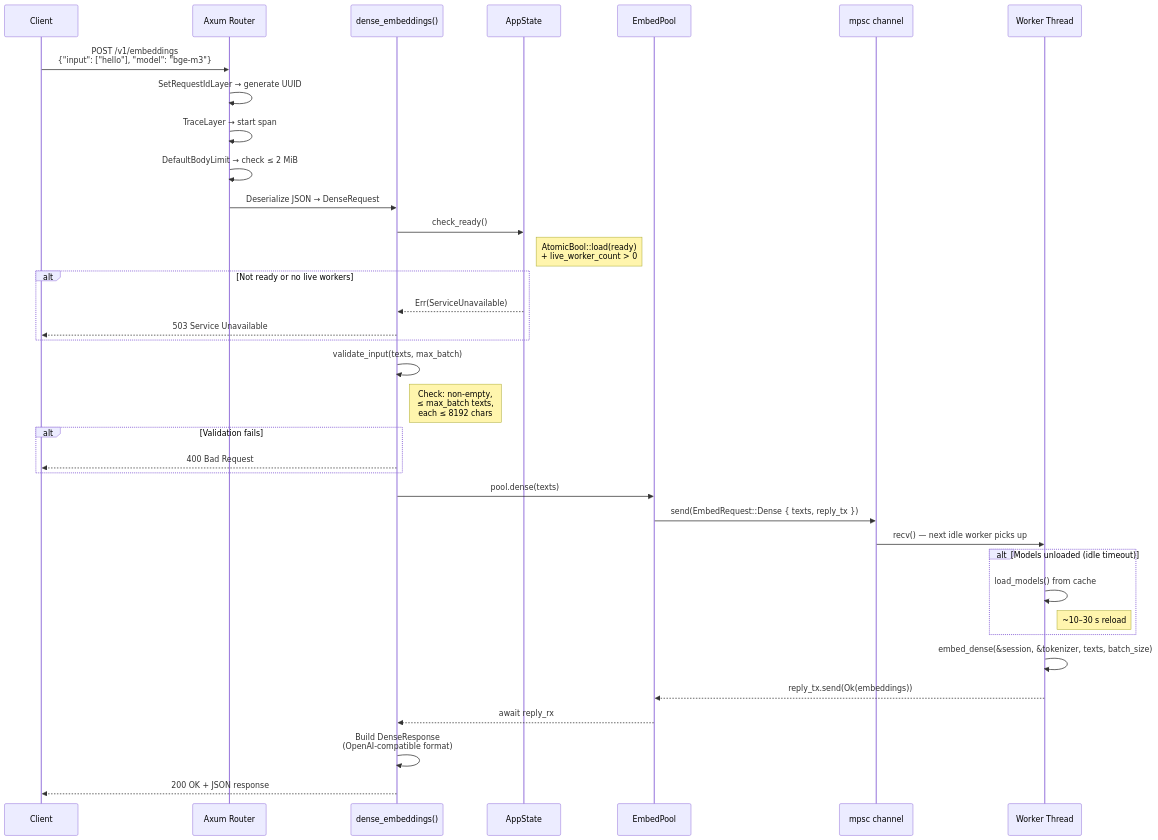
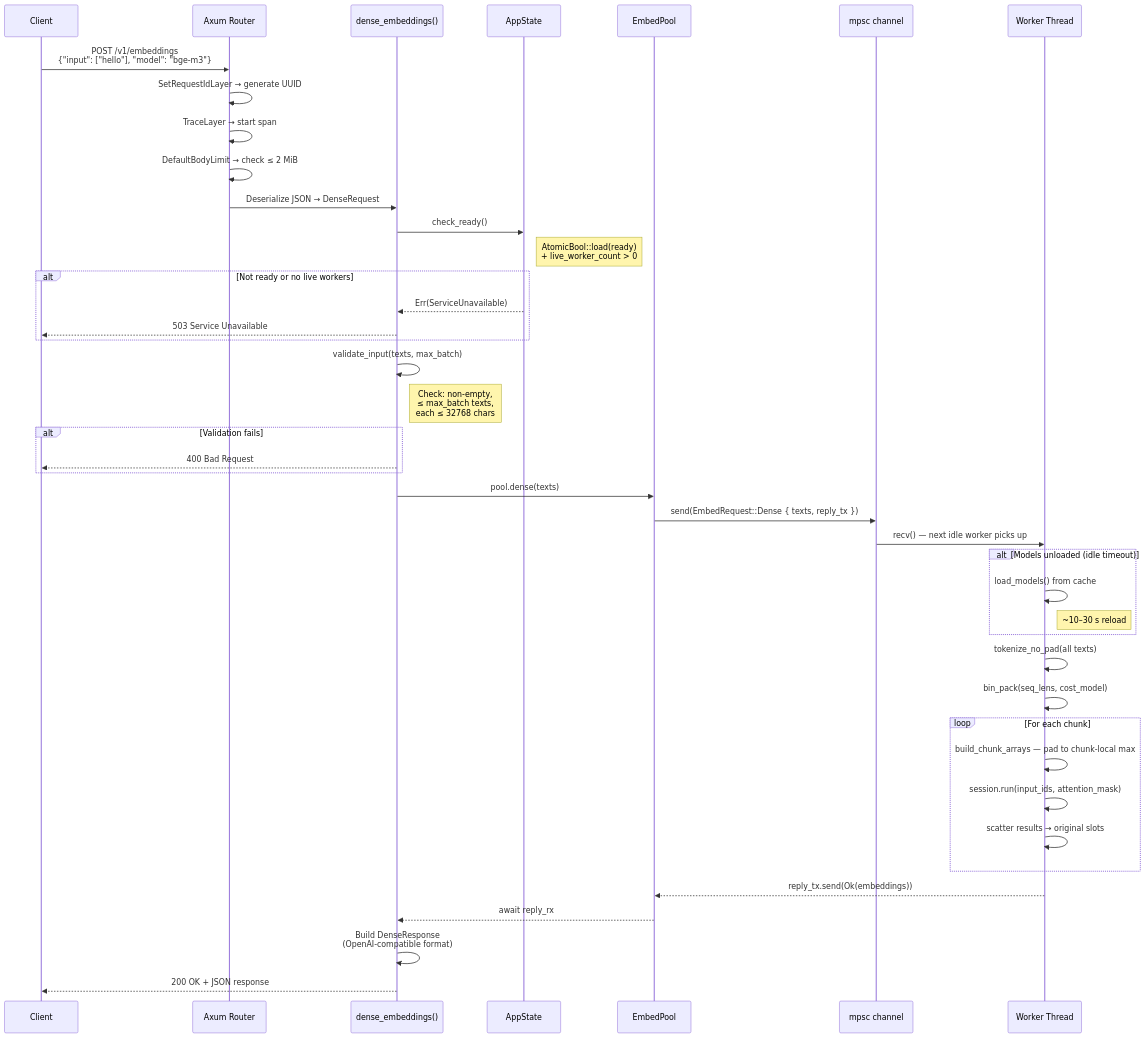
The first of 4 diagrams in docs/request-flow.md (Fulton-Engineering-Services/bge-m3-embedding-server), drawn with Mermaid before and after one commit. The commit also changed other lines of this file and 32 other files, not shown here.

````diff
--- a/docs/request-flow.md
+++ b/docs/request-flow.md
@@ -10,47 +10,53 @@
 ```mermaid
 sequenceDiagram
     participant Client
     participant Router as Axum Router
     participant Handler as dense_embeddings()
     participant State as AppState
     participant Pool as EmbedPool
     participant Channel as mpsc channel
     participant Worker as Worker Thread
 
     Client->>Router: POST /v1/embeddings<br/>{"input": ["hello"], "model": "bge-m3"}
     Router->>Router: SetRequestIdLayer → generate UUID
     Router->>Router: TraceLayer → start span
     Router->>Router: DefaultBodyLimit → check ≤ 2 MiB
     Router->>Handler: Deserialize JSON → DenseRequest
 
     Handler->>State: check_ready()
     Note right of State: AtomicBool::load(ready)<br/>+ live_worker_count > 0
 
     alt Not ready or no live workers
         State-->>Handler: Err(ServiceUnavailable)
         Handler-->>Client: 503 Service Unavailable
     end
 
     Handler->>Handler: validate_input(texts, max_batch)
-    Note right of Handler: Check: non-empty,<br/>≤ max_batch texts,<br/>each ≤ 8192 chars
+    Note right of Handler: Check: non-empty,<br/>≤ max_batch texts,<br/>each ≤ 32768 chars
 
     alt Validation fails
         Handler-->>Client: 400 Bad Request
     end
 
     Handler->>Pool: pool.dense(texts)
     Pool->>Channel: send(EmbedRequest::Dense { texts, reply_tx })
     Channel->>Worker: recv() — next idle worker picks up
 
     alt Models unloaded (idle timeout)
         Worker->>Worker: load_models() from cache
         Note right of Worker: ~10–30 s reload
     end
 
-    Worker->>Worker: embed_dense(&session, &tokenizer, texts, batch_size)
+    Worker->>Worker: tokenize_no_pad(all texts)
+    Worker->>Worker: bin_pack(seq_lens, cost_model)
+    loop For each chunk
+        Worker->>Worker: build_chunk_arrays — pad to chunk-local max
+        Worker->>Worker: session.run(input_ids, attention_mask)
+        Worker->>Worker: scatter results → original slots
+    end
     Worker-->>Pool: reply_tx.send(Ok(embeddings))
     Pool-->>Handler: await reply_rx
 
     Handler->>Handler: Build DenseResponse<br/>(OpenAI-compatible format)
     Handler-->>Client: 200 OK + JSON response
 ```
````
